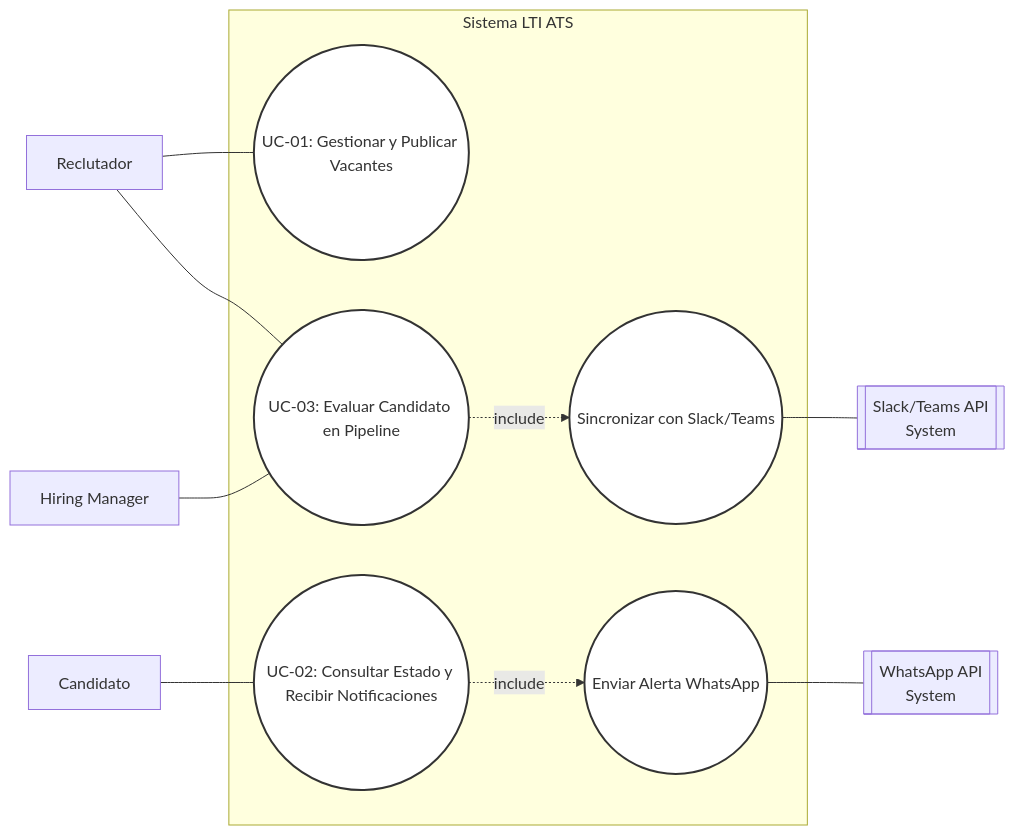
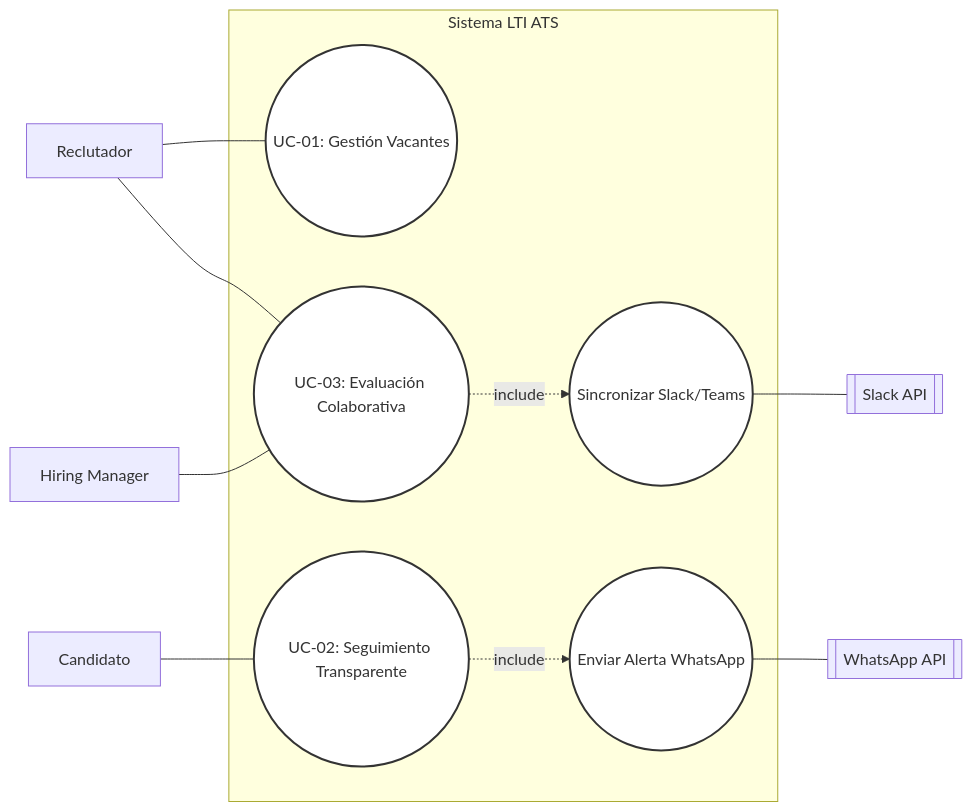
Before and after one commit to Julio-Glez/AI4Devs-design-1-202602: the second of 5 diagrams in LTI-JGJ/LTI-JGJ.md, drawn with Mermaid. The commit also changed other lines of this file, not shown here.

````diff
--- a/LTI-JGJ/LTI-JGJ.md
+++ b/LTI-JGJ/LTI-JGJ.md
@@ -93,39 +98,36 @@
 ```mermaid
 graph LR
     %% Actores
     Recruiter[Reclutador]
     Candidate[Candidato]
     Manager[Hiring Manager]
     
     subgraph "Sistema LTI ATS"
-        UC1((UC-01: Gestionar y Publicar Vacantes))
-        UC2((UC-02: Consultar Estado y Recibir Notificaciones))
-        UC3((UC-03: Evaluar Candidato en Pipeline))
-        UC4((Sincronizar con Slack/Teams))
+        UC1((UC-01: Gestión Vacantes))
+        UC2((UC-02: Seguimiento Transparente))
+        UC3((UC-03: Evaluación Colaborativa))
+        UC4((Sincronizar Slack/Teams))
         UC5((Enviar Alerta WhatsApp))
     end
 
     %% Sistemas Externos
-    WhatsApp[[WhatsApp API <br/> System]]
-    Slack[[Slack/Teams API <br/> System]]
+    WhatsApp[[WhatsApp API]]
+    Slack[[Slack API]]
 
-    %% Relaciones
     Recruiter --- UC1
     Recruiter --- UC3
     Candidate --- UC2
     Manager --- UC3
 
-    %% Inclusiones
     UC2 -.->|include| UC5
     UC3 -.->|include| UC4
     
     UC5 --- WhatsApp
     UC4 --- Slack
 
-    %% Estilos
     style UC1 fill:#fff,stroke:#333,stroke-width:2px
     style UC2 fill:#fff,stroke:#333,stroke-width:2px
     style UC3 fill:#fff,stroke:#333,stroke-width:2px
     style UC4 fill:#fff,stroke:#333,stroke-width:2px
     style UC5 fill:#fff,stroke:#333,stroke-width:2px
 ```
````
